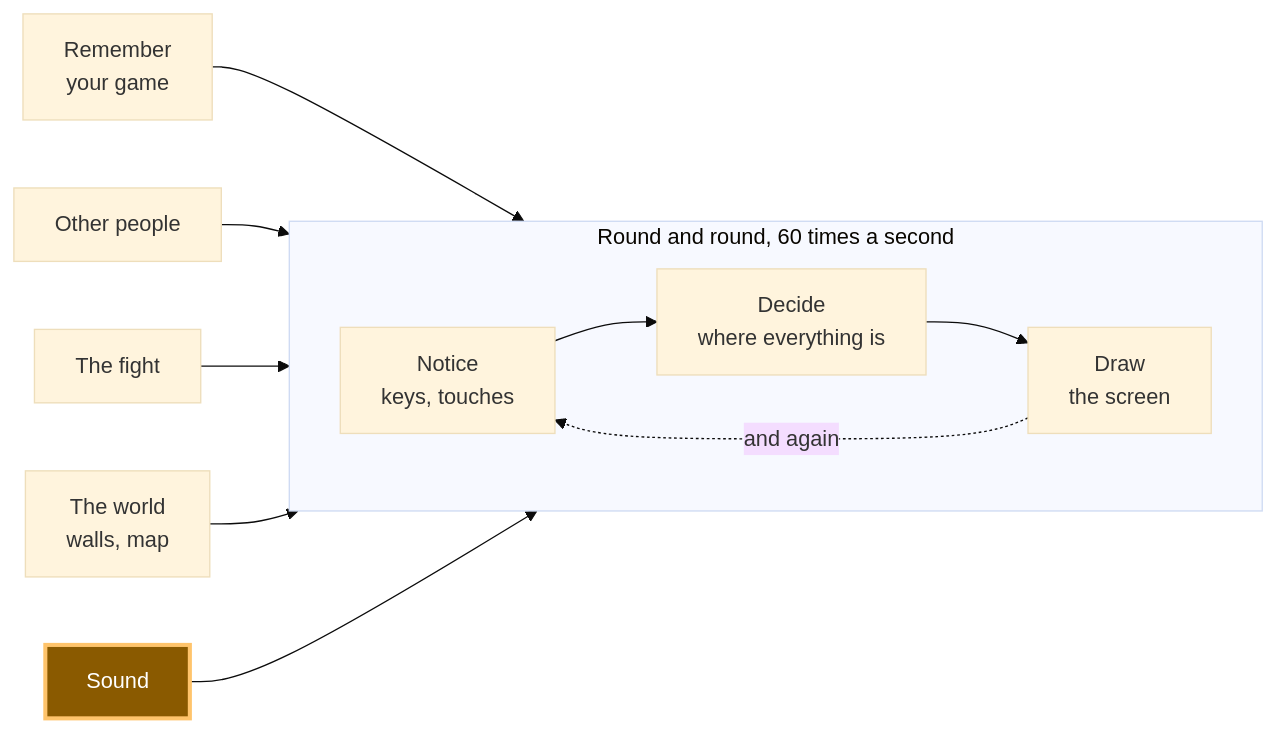
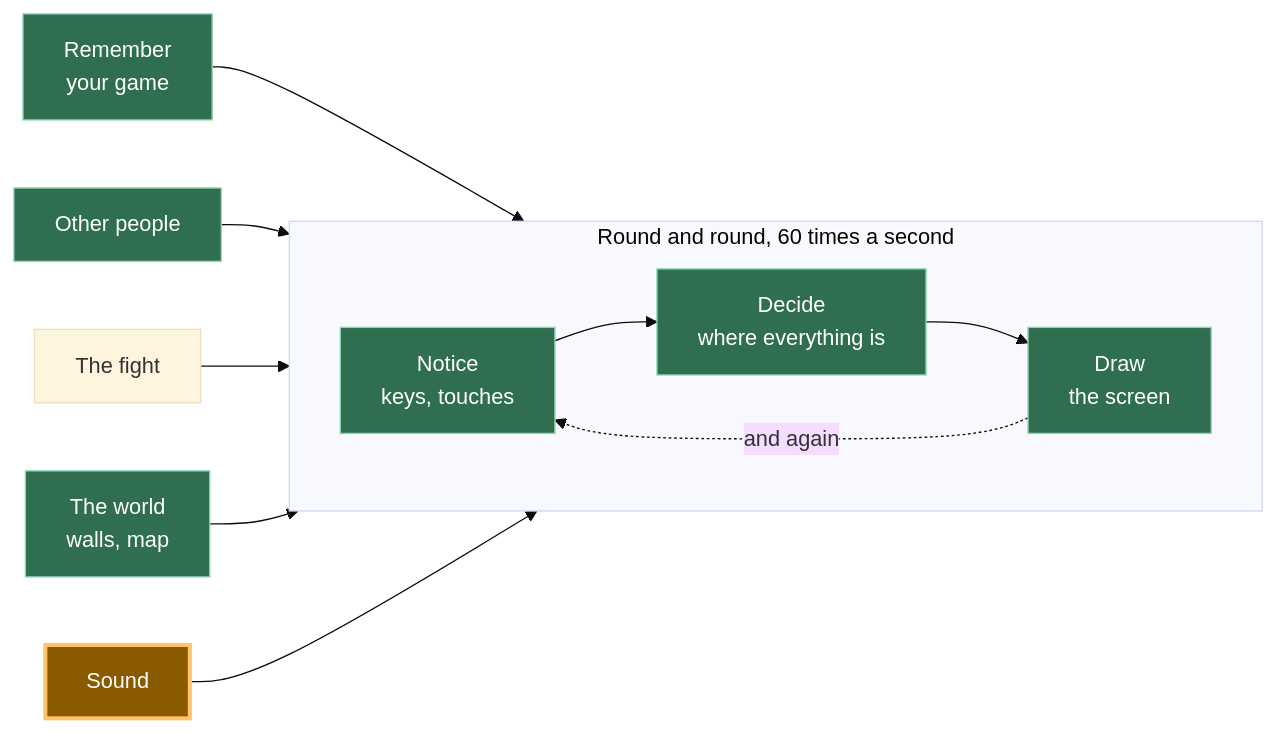
One commit to KakkoiDev/izumo-io changed the diagram in content/ai/a17.ja.md. Above: the diagram before and after it, drawn with Mermaid (base theme). The commit also changed other lines of this file and 35 other files, not shown here.

Commit message:
Mark earlier-completed modules green on the A11-A22 diagrams, and fix the stale A11 PT prompt block plus code markup in three translations

````diff
--- a/content/ai/a17.ja.md
+++ b/content/ai/a17.ja.md
@@ -17,17 +17,19 @@
 ```mermaid
 flowchart LR
     subgraph loop["Round and round, 60 times a second"]
         direction LR
         N["Notice<br/>keys, touches"] --> D["Decide<br/>where everything is"] --> R["Draw<br/>the screen"]
     end
     R -. "and again" .-> N
 
     S["Remember<br/>your game"] --> D
     O["Other people"] --> D
     F["The fight"] --> D
     W["The world<br/>walls, map"] --> R
     A["Sound"] --> R
 
     classDef now fill:#8a5a00,stroke:#ffc46b,color:#fff,stroke-width:3px
+    classDef done fill:#2f6f4f,stroke:#8fd6b4,color:#fff
+    class N,D,R,S,O,W done
     class A now
 ```
````
